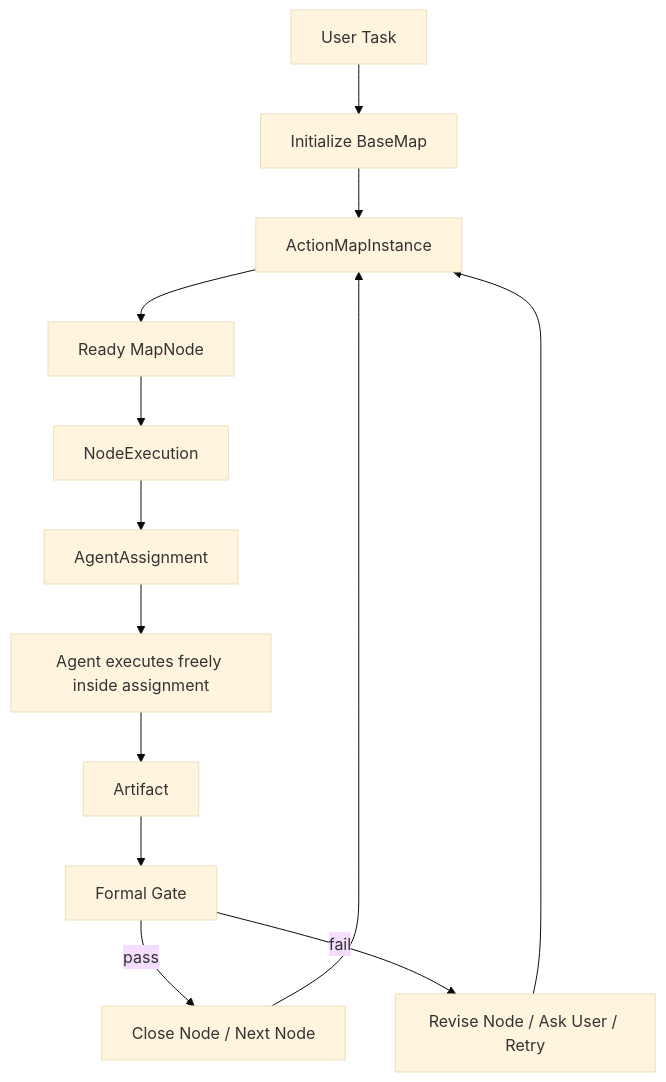
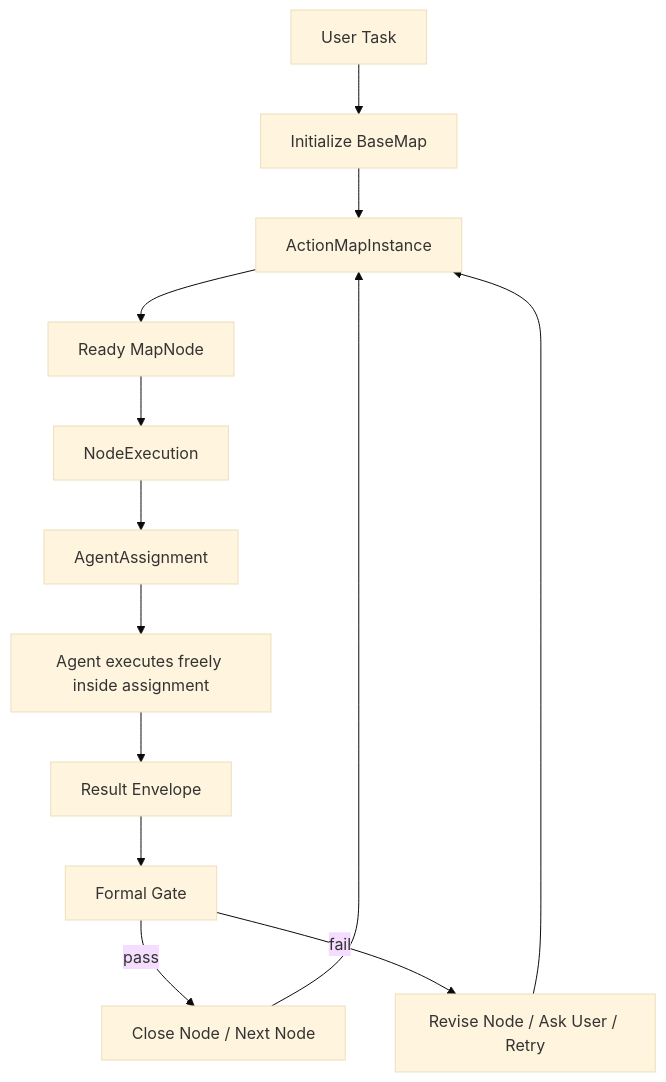
The first of 5 diagrams in docs/plans/2026-04-25-multi-agent-collaboration-architecture.md (ceasarXuu/WhaleCode), drawn with Mermaid (base theme) before and after one commit. The commit also changed other lines of this file, not shown here.

Commit message:
docs: refine map result runtime semantics

````diff
--- a/docs/plans/2026-04-25-multi-agent-collaboration-architecture.md
+++ b/docs/plans/2026-04-25-multi-agent-collaboration-architecture.md
@@ -123,15 +123,15 @@
 ```mermaid
 flowchart TD
     U["User Task"] --> T["Initialize BaseMap"]
     T --> M["ActionMapInstance"]
     M --> N["Ready MapNode"]
     N --> E["NodeExecution"]
     E --> A["AgentAssignment"]
     A --> R["Agent executes freely inside assignment"]
-    R --> F["Artifact"]
+    R --> F["Result Envelope"]
     F --> G["Formal Gate"]
     G -->|pass| NX["Close Node / Next Node"]
     G -->|fail| RV["Revise Node / Ask User / Retry"]
     NX --> M
     RV --> M
 ```
````
